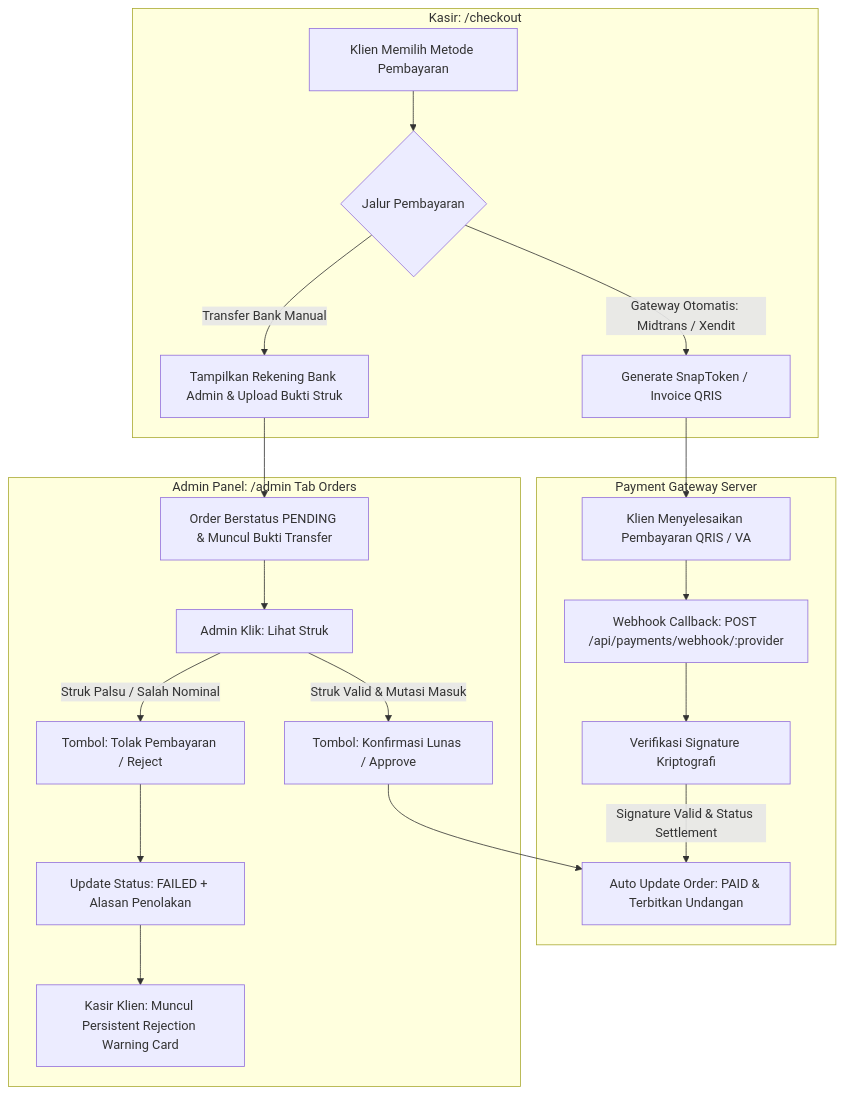
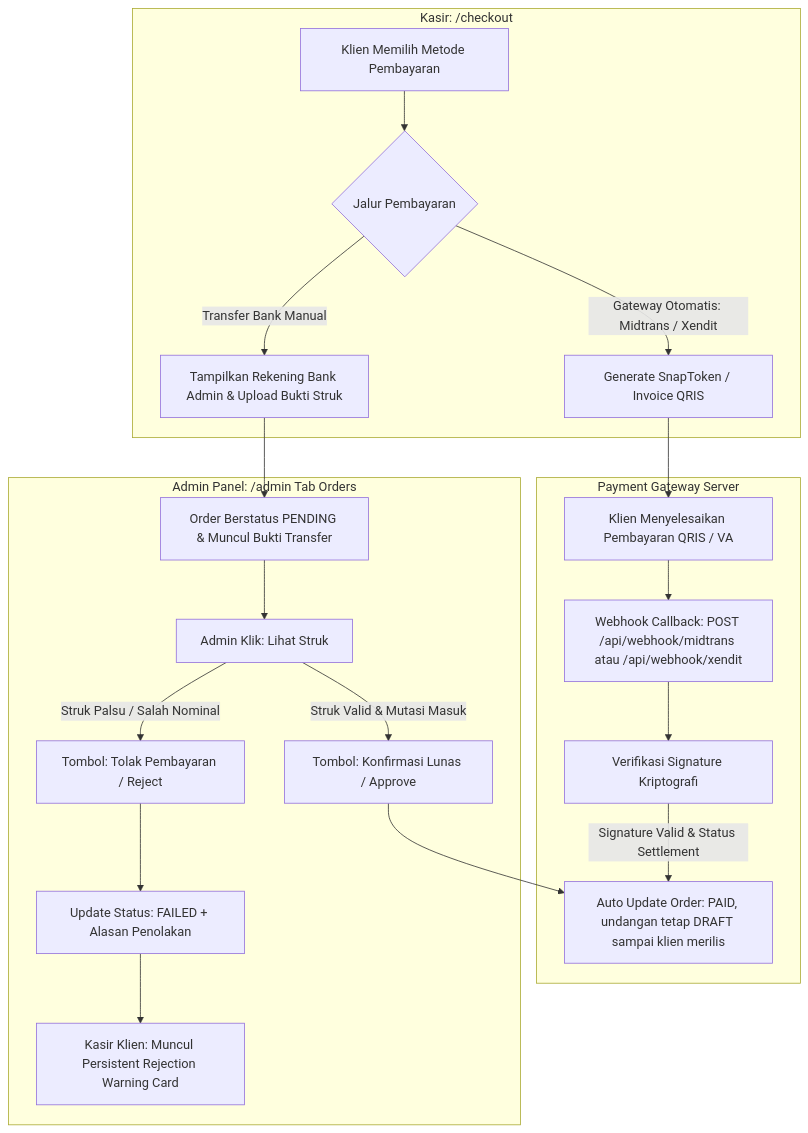
One commit to armansyam/luxenary-invite changed the diagram in docs/admin/MANAJEMEN_TRANSAKSI_DAN_GATEWAY.md. Above: the diagram before and after it, drawn with Mermaid. The commit also changed other lines of this file and 7 other files, not shown here.

First line of the commit message:
docs: correct RSVP, payment, and client-flow claims verified against code and a local server

````diff
--- a/docs/admin/MANAJEMEN_TRANSAKSI_DAN_GATEWAY.md
+++ b/docs/admin/MANAJEMEN_TRANSAKSI_DAN_GATEWAY.md
@@ -12,25 +12,25 @@
 ```mermaid
 flowchart TD
     subgraph KasirCheckout [Kasir: /checkout]
         A[Klien Memilih Metode Pembayaran] --> B{Jalur Pembayaran}
         B -->|Gateway Otomatis: Midtrans / Xendit| C[Generate SnapToken / Invoice QRIS]
         B -->|Transfer Bank Manual| D[Tampilkan Rekening Bank Admin & Upload Bukti Struk]
     end
     
     subgraph GatewayOtomatis [Payment Gateway Server]
         C --> E[Klien Menyelesaikan Pembayaran QRIS / VA]
-        E --> F[Webhook Callback: POST /api/payments/webhook/:provider]
+        E --> F[Webhook Callback: POST /api/webhook/midtrans atau /api/webhook/xendit]
         F --> G[Verifikasi Signature Kriptografi]
-        G -->|Signature Valid & Status Settlement| H[Auto Update Order: PAID & Terbitkan Undangan]
+        G -->|Signature Valid & Status Settlement| H[Auto Update Order: PAID, undangan tetap DRAFT sampai klien merilis]
     end
     
     subgraph AdminConsole [Admin Panel: /admin Tab Orders]
         D --> I[Order Berstatus PENDING & Muncul Bukti Transfer]
         I --> J[Admin Klik: Lihat Struk]
         J -->|Struk Valid & Mutasi Masuk| K[Tombol: Konfirmasi Lunas / Approve]
         K --> H
         J -->|Struk Palsu / Salah Nominal| L[Tombol: Tolak Pembayaran / Reject]
         L --> M[Update Status: FAILED + Alasan Penolakan]
         M --> N[Kasir Klien: Muncul Persistent Rejection Warning Card]
     end
 ```
````
